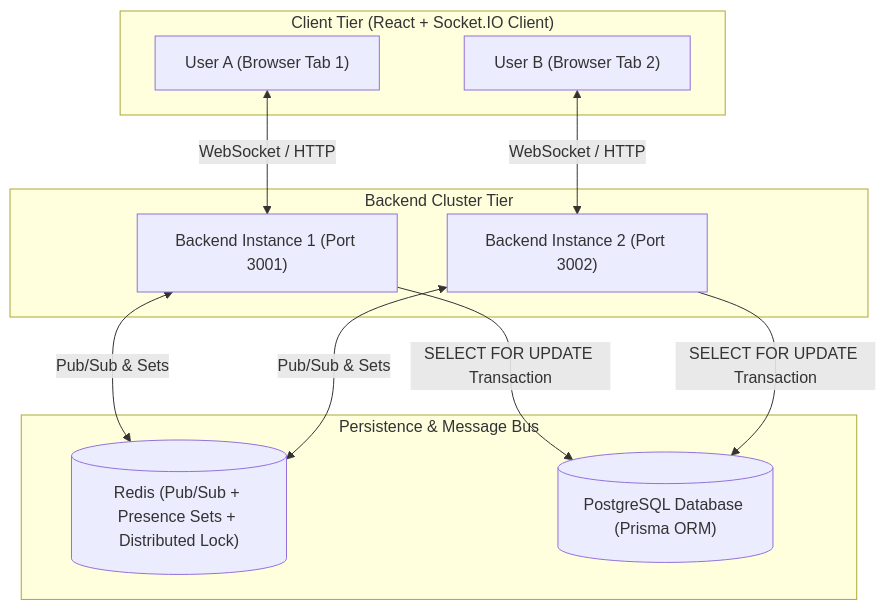
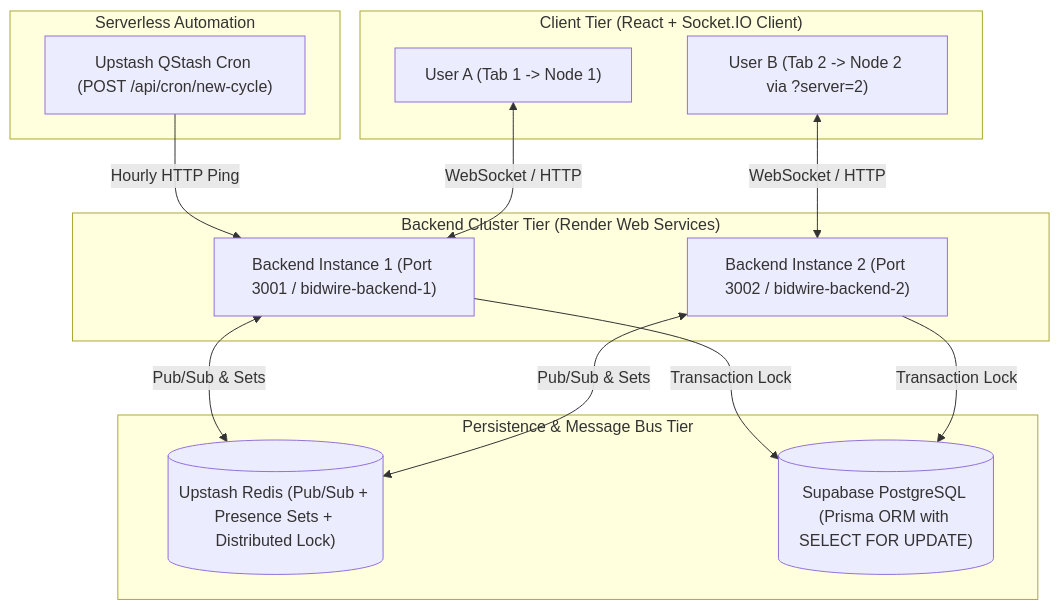
One commit to 2adityapatel/bidWire changed the diagram in README.md. Above: the diagram before and after it, drawn with Mermaid. The commit also changed other lines of this file and 32 other files, not shown here.

````diff
--- a/README.md
+++ b/README.md
@@ -19,26 +20,32 @@
 ```mermaid
 flowchart TD
     subgraph Clients["Client Tier (React + Socket.IO Client)"]
-        UserA["User A (Browser Tab 1)"]
-        UserB["User B (Browser Tab 2)"]
+        UserA["User A (Tab 1 -> Node 1)"]
+        UserB["User B (Tab 2 -> Node 2 via ?server=2)"]
     end
 
-    subgraph Cluster["Backend Cluster Tier"]
-        Node1["Backend Instance 1 (Port 3001)"]
-        Node2["Backend Instance 2 (Port 3002)"]
+    subgraph QStash["Serverless Automation"]
+        Cron["Upstash QStash Cron (POST /api/cron/new-cycle)"]
     end
 
-    subgraph Infrastructure["Persistence & Message Bus"]
-        Redis[("Redis (Pub/Sub + Presence Sets + Distributed Lock)")]
-        Postgres[("PostgreSQL Database (Prisma ORM)")]
+    subgraph Cluster["Backend Cluster Tier (Render Web Services)"]
+        Node1["Backend Instance 1 (Port 3001 / bidwire-backend-1)"]
+        Node2["Backend Instance 2 (Port 3002 / bidwire-backend-2)"]
     end
+
+    subgraph Infrastructure["Persistence & Message Bus Tier"]
+        Redis[("Upstash Redis (Pub/Sub + Presence Sets + Distributed Lock)")]
+        Postgres[("Supabase PostgreSQL (Prisma ORM with SELECT FOR UPDATE)")]
+    end
+
+    Cron -->|Hourly HTTP Ping| Node1
 
     UserA <-->|WebSocket / HTTP| Node1
     UserB <-->|WebSocket / HTTP| Node2
 
     Node1 <-->|Pub/Sub & Sets| Redis
     Node2 <-->|Pub/Sub & Sets| Redis
 
-    Node1 -->|SELECT FOR UPDATE Transaction| Postgres
-    Node2 -->|SELECT FOR UPDATE Transaction| Postgres
+    Node1 -->|Transaction Lock| Postgres
+    Node2 -->|Transaction Lock| Postgres
 ```
````
